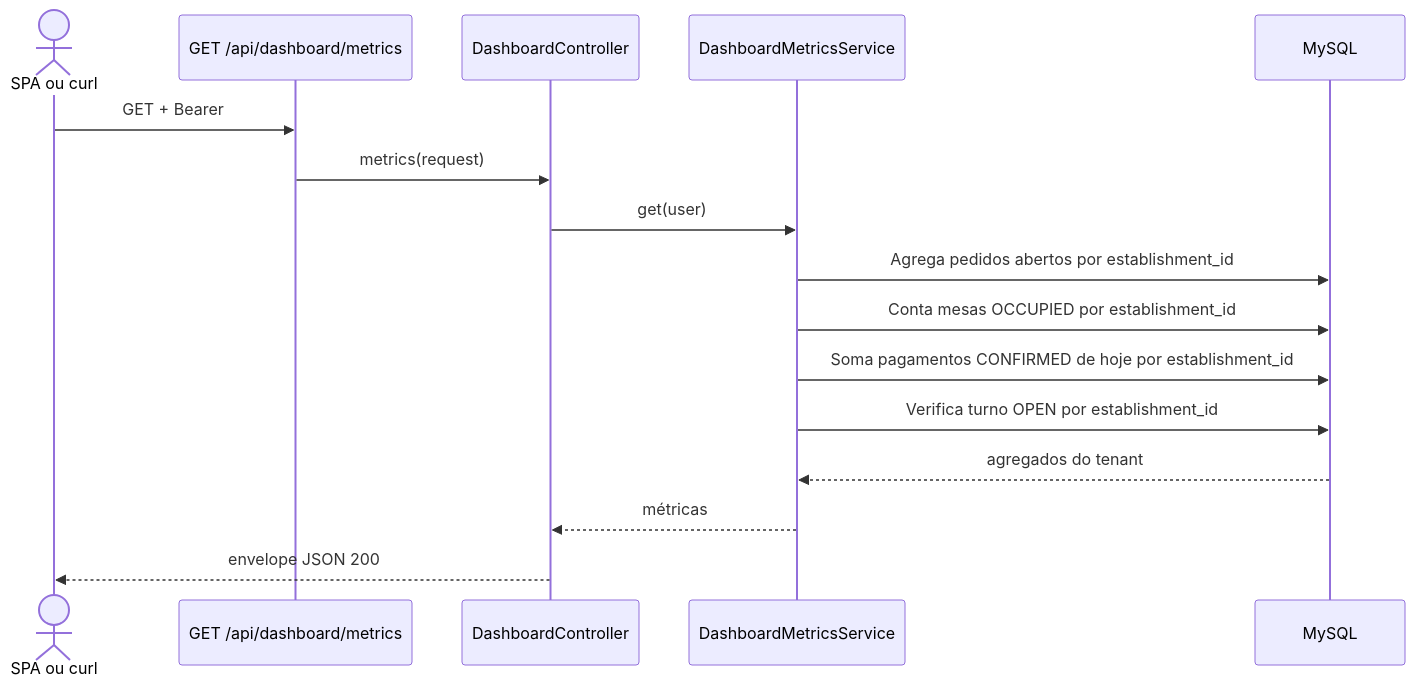
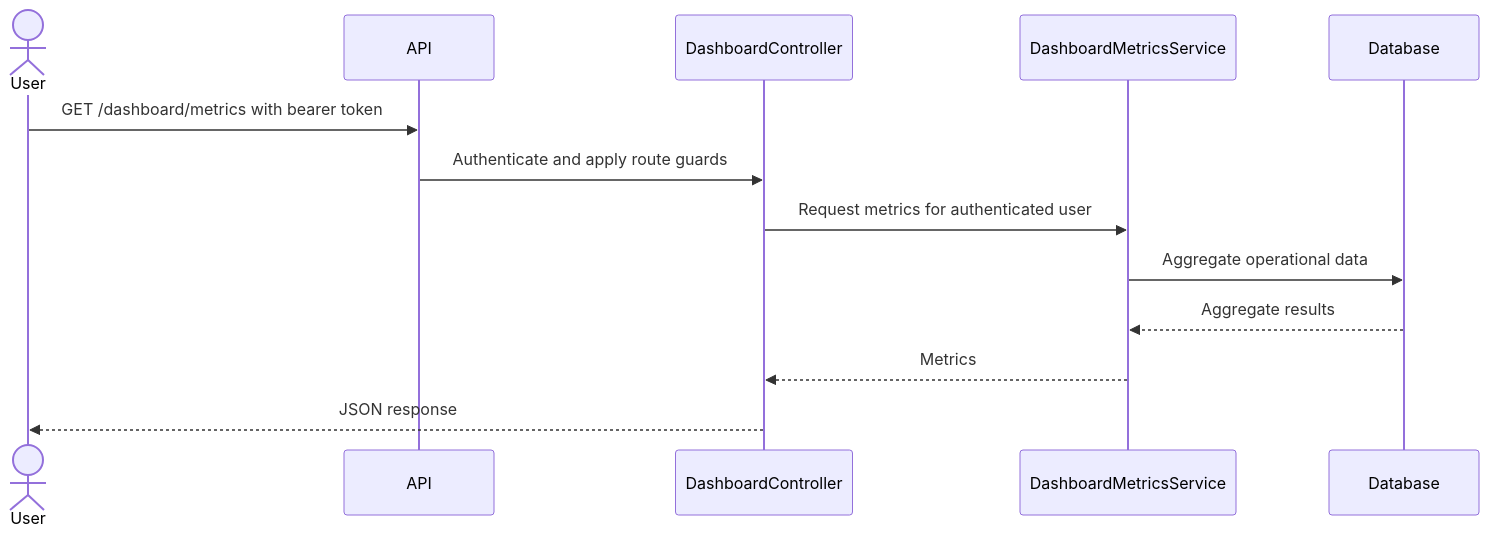
One commit to mitaloammon/simplyfood_ changed the diagram in docs/specs/diagrams/dashboard-metrics.md. Above: the diagram before and after it, drawn with Mermaid. The commit also changed other lines of this file and 71 other files, not shown here.

Commit message:
docs: consolidate SimplyCore architecture documentation

````diff
--- a/docs/specs/diagrams/dashboard-metrics.md
+++ b/docs/specs/diagrams/dashboard-metrics.md
@@ -17,18 +5,15 @@
 ```mermaid
 sequenceDiagram
-    actor A as SPA ou curl
-    participant R as GET /api/dashboard/metrics
-    participant C as DashboardController
-    participant S as DashboardMetricsService
-    participant DB as MySQL
-    A->>R: GET + Bearer
-    R->>C: metrics(request)
-    C->>S: get(user)
-    S->>DB: Agrega pedidos abertos por establishment_id
-    S->>DB: Conta mesas OCCUPIED por establishment_id
-    S->>DB: Soma pagamentos CONFIRMED de hoje por establishment_id
-    S->>DB: Verifica turno OPEN por establishment_id
-    DB-->>S: agregados do tenant
-    S-->>C: métricas
-    C-->>A: envelope JSON 200
+    actor User
+    participant API
+    participant Controller as DashboardController
+    participant Service as DashboardMetricsService
+    participant DB as Database
+    User->>API: GET /dashboard/metrics with bearer token
+    API->>Controller: Authenticate and apply route guards
+    Controller->>Service: Request metrics for authenticated user
+    Service->>DB: Aggregate operational data
+    DB-->>Service: Aggregate results
+    Service-->>Controller: Metrics
+    Controller-->>User: JSON response
 ```
````
